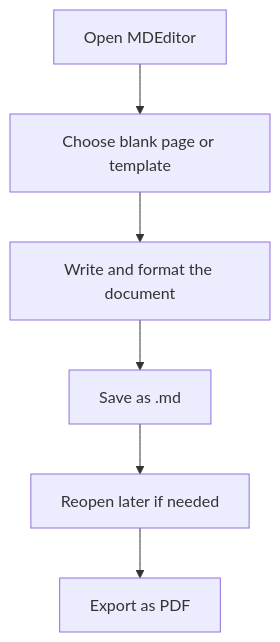
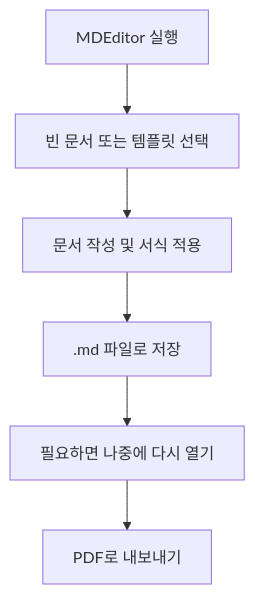
The second of 2 diagrams in docs/USER-GUIDE.md (sinmb79/MD-Editer), drawn with Mermaid before and after one commit. The commit also changed other lines of this file and 1 other file, not shown here.

````diff
--- a/docs/USER-GUIDE.md
+++ b/docs/USER-GUIDE.md
@@ -33,8 +33,8 @@
 ```mermaid
 flowchart TD
-    A["Open MDEditor"] --> B["Choose blank page or template"]
-    B --> C["Write and format the document"]
-    C --> D["Save as .md"]
-    D --> E["Reopen later if needed"]
-    E --> F["Export as PDF"]
+    A["MDEditor 실행"] --> B["빈 문서 또는 템플릿 선택"]
+    B --> C["문서 작성 및 서식 적용"]
+    C --> D[".md 파일로 저장"]
+    D --> E["필요하면 나중에 다시 열기"]
+    E --> F["PDF로 내보내기"]
 ```
````
